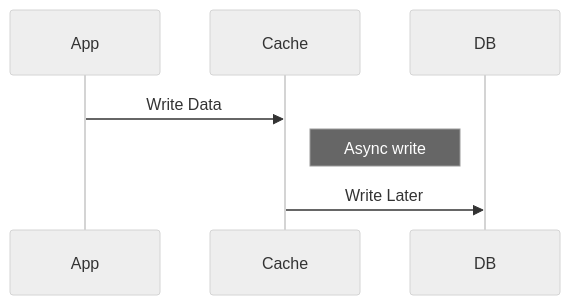
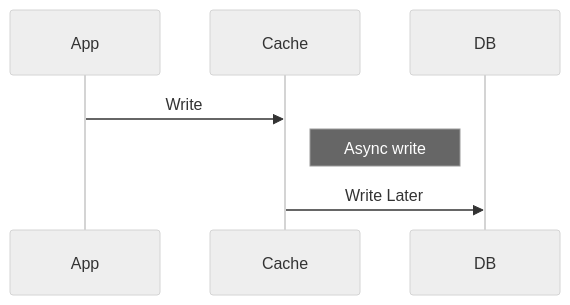
One commit to spandit230496/design_pattern changed the fourth of 10 diagrams in HLD/Concepts/Caching/readme.md. Above: the diagram before and after it, drawn with Mermaid (neutral theme). The commit also changed other lines of this file, not shown here.

Commit message:
add:cache design

````diff
--- a/HLD/Concepts/Caching/readme.md
+++ b/HLD/Concepts/Caching/readme.md
@@ -111,10 +86,10 @@
 ```mermaid
 sequenceDiagram
     participant App
     participant Cache
     participant DB
 
-    App->>Cache: Write Data
+    App->>Cache: Write
     Note right of Cache: Async write
     Cache->>DB: Write Later
 ```
````
